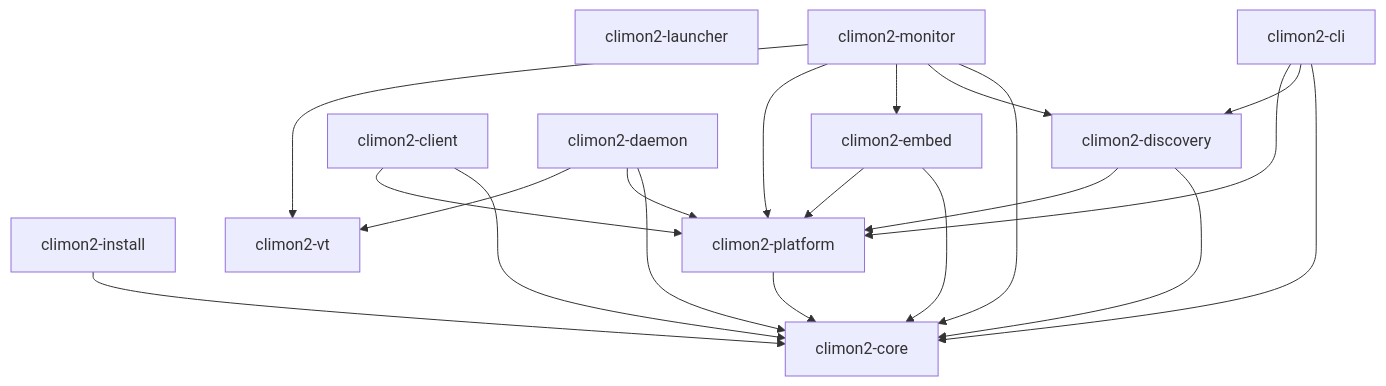
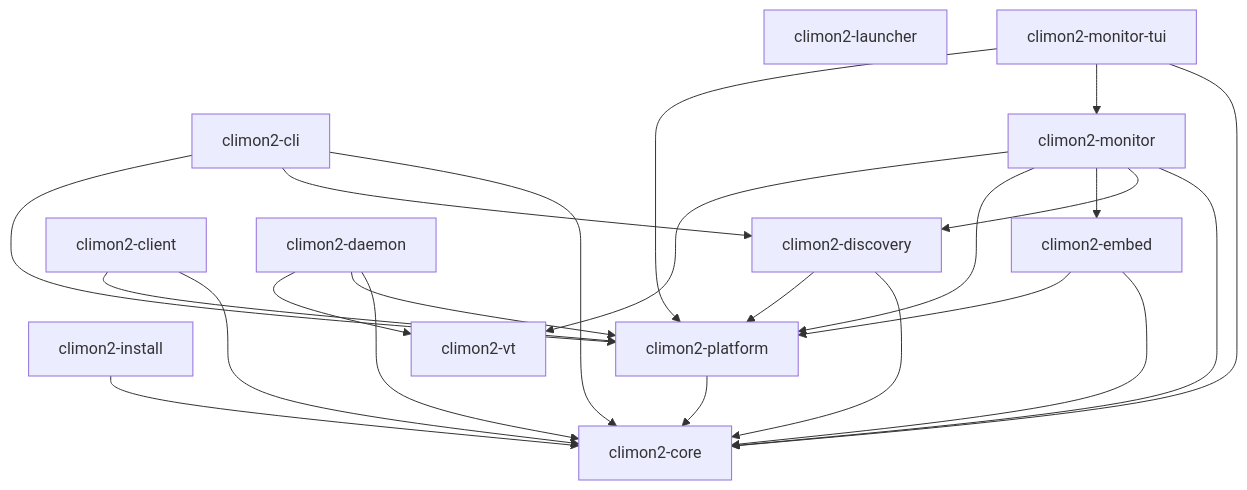
The first of 3 diagrams in docs/for-humans/architecture/crate-relationships.md (jackgeek/climon2), drawn with Mermaid before and after one commit. The commit also changed other lines of this file and 7 other files, not shown here.

````diff
--- a/docs/for-humans/architecture/crate-relationships.md
+++ b/docs/for-humans/architecture/crate-relationships.md
@@ -14,34 +14,38 @@
 ```mermaid
 flowchart TB
     launcher["climon2-launcher"]
     cli["climon2-cli"]
     discovery["climon2-discovery"]
     client["climon2-client"]
     daemon["climon2-daemon"]
     install["climon2-install"]
+    tui["climon2-monitor-tui"]
     monitor["climon2-monitor"]
     embed["climon2-embed"]
     platform["climon2-platform"]
     core["climon2-core"]
     vt["climon2-vt"]
 
     cli --> core
     cli --> discovery
     cli --> platform
     discovery --> core
     discovery --> platform
     client --> core
     client --> platform
     daemon --> core
     daemon --> platform
     daemon --> vt
     install --> core
     embed --> core
     embed --> platform
     monitor --> core
     monitor --> discovery
     monitor --> embed
     monitor --> platform
     monitor --> vt
+    tui --> core
+    tui --> monitor
+    tui --> platform
     platform --> core
 ```
````
